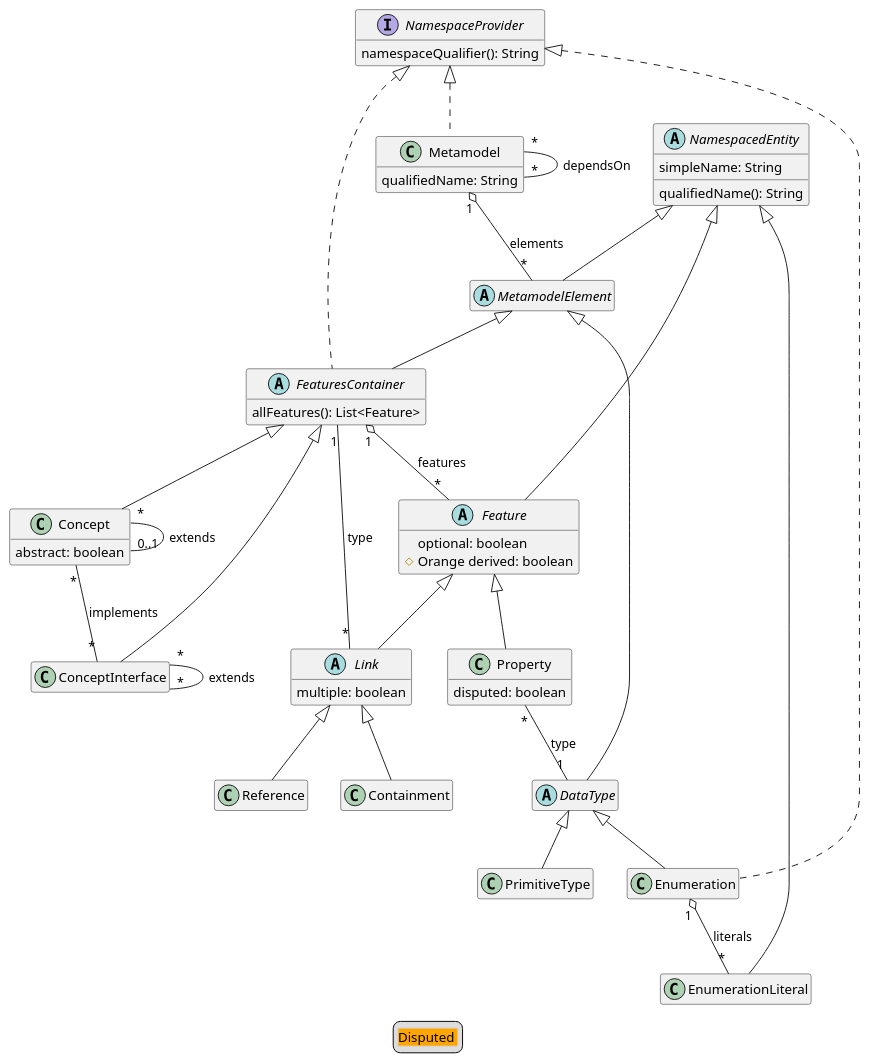
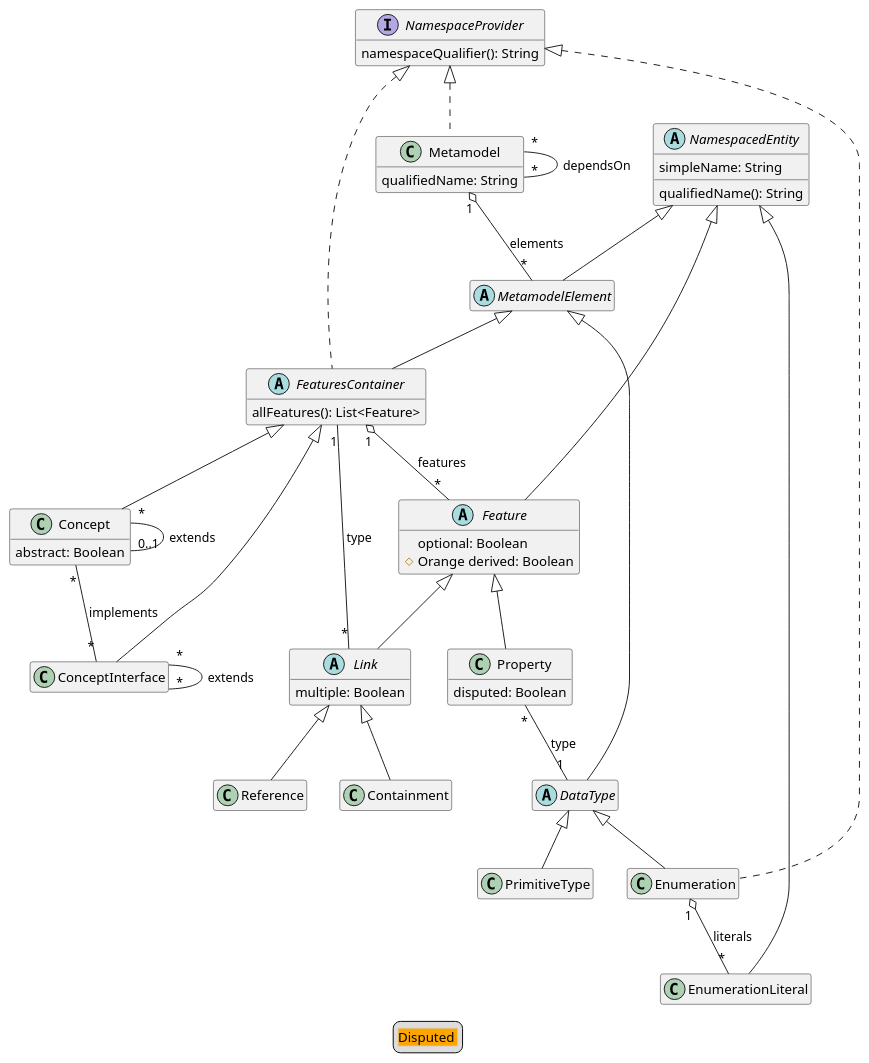
The diagram in diagrams/metametamodel-gen.puml (LionWeb-io/lionweb-typescript), drawn with PlantUML before and after one commit. The commit also changed 13 other files, not shown here.

```diff
--- a/diagrams/metametamodel-gen.puml
+++ b/diagrams/metametamodel-gen.puml
@@ -1,83 +1,83 @@
 @startuml
 hide empty members
 
 ' qualified name: "LIonCore.M3"
 
 
 class Concept extends FeaturesContainer {
-  abstract: boolean
+  abstract: Boolean
 }
 
 class ConceptInterface extends FeaturesContainer
 
 class Containment extends Link
 
 abstract class DataType extends MetamodelElement
 
 class Enumeration extends DataType implements NamespaceProvider
 
 class EnumerationLiteral extends NamespacedEntity
 
 abstract class Feature extends NamespacedEntity {
-  optional: boolean
-  #Orange derived: boolean
+  optional: Boolean
+  #Orange derived: Boolean
 }
 
 abstract class FeaturesContainer extends MetamodelElement implements NamespaceProvider {
   allFeatures(): List<Feature>
 }
 
 abstract class Link extends Feature {
-  multiple: boolean
+  multiple: Boolean
 }
 
 class Metamodel implements NamespaceProvider {
   qualifiedName: String
 }
 
 abstract class MetamodelElement extends NamespacedEntity
 
 interface NamespaceProvider {
   namespaceQualifier(): String
 }
 
 abstract class NamespacedEntity {
   simpleName: String
   qualifiedName(): String
 }
 
 class PrimitiveType extends DataType
 
 class Property extends Feature {
-  disputed: boolean
+  disputed: Boolean
 }
 
 class Reference extends Link
 
 
 
 ' relations:
 
 Concept "*" -- "0..1" Concept: extends
 Concept "*" -- "*" ConceptInterface: implements
 ConceptInterface "*" -- "*" ConceptInterface: extends
 
 
 Enumeration "1" o-- "*" EnumerationLiteral: literals
 
 
 FeaturesContainer "1" o-- "*" Feature: features
 Link "*" -- "1" FeaturesContainer: type
 Metamodel "1" o-- "*" MetamodelElement: elements
 Metamodel "*" -- "*" Metamodel: dependsOn
 
 
 
 
 Property "*" -- "1" DataType: type
 
 
 legend
   <#LightGray,#LightGray>| <#Orange>Disputed |
 end legend
 @enduml
```
